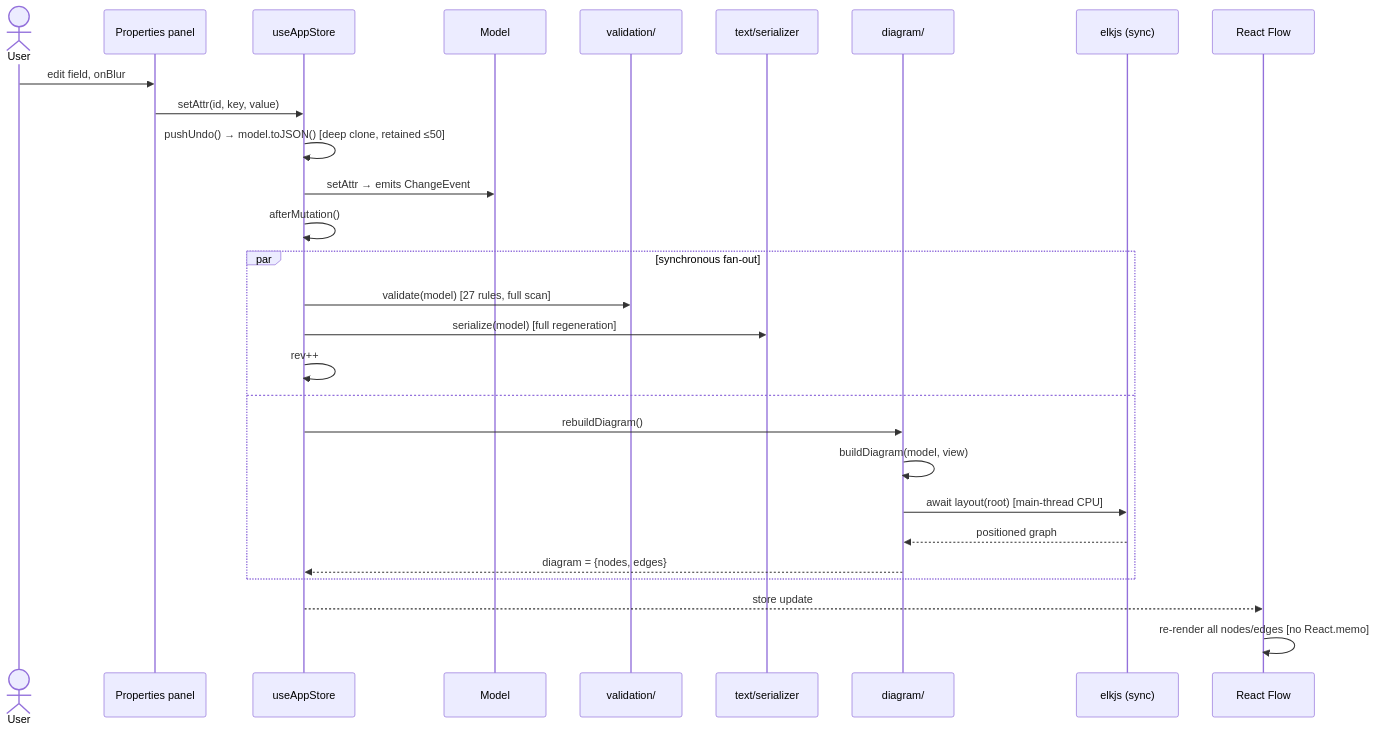
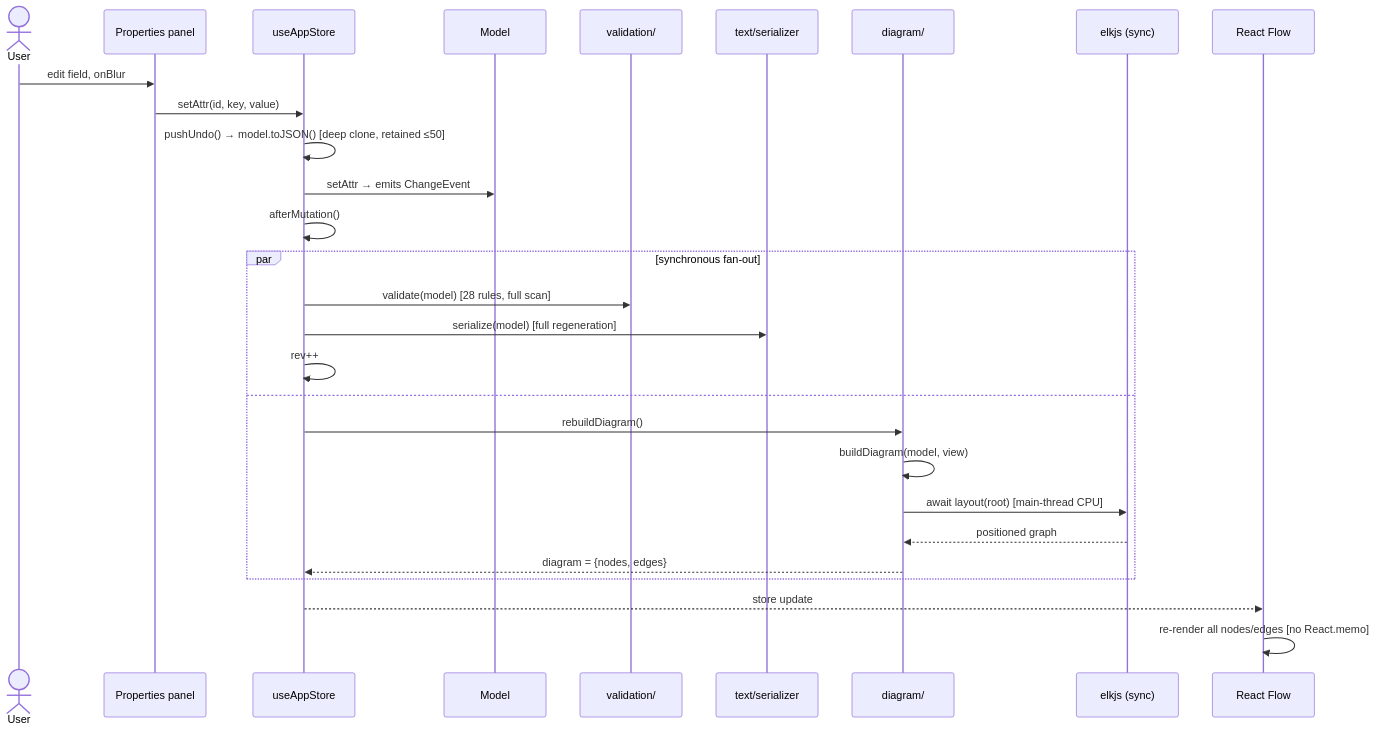
One commit to cosmindxu/sysprose changed the second of 8 diagrams in docs/architecture/06-sequence-diagrams.md. Above: the diagram before and after it, drawn with Mermaid. The commit also changed 32 other files, not shown here.

````diff
--- a/docs/architecture/06-sequence-diagrams.md
+++ b/docs/architecture/06-sequence-diagrams.md
@@ -30,31 +30,31 @@
 ```mermaid
 sequenceDiagram
     actor U as User
     participant P as Properties panel
     participant S as useAppStore
     participant M as Model
     participant V as validation/
     participant T as text/serializer
     participant D as diagram/
     participant ELK as elkjs (sync)
     participant RF as React Flow
 
     U->>P: edit field, onBlur
     P->>S: setAttr(id, key, value)
     S->>S: pushUndo() → model.toJSON() [deep clone, retained ≤50]
     S->>M: setAttr → emits ChangeEvent
     S->>S: afterMutation()
     par synchronous fan-out
-        S->>V: validate(model) [27 rules, full scan]
+        S->>V: validate(model) [28 rules, full scan]
         S->>T: serialize(model) [full regeneration]
         S->>S: rev++
     and
         S->>D: rebuildDiagram()
         D->>D: buildDiagram(model, view)
         D->>ELK: await layout(root) [main-thread CPU]
         ELK-->>D: positioned graph
         D-->>S: diagram = {nodes, edges}
     end
     S-->>RF: store update
     RF->>RF: re-render all nodes/edges [no React.memo]
 ```
````
